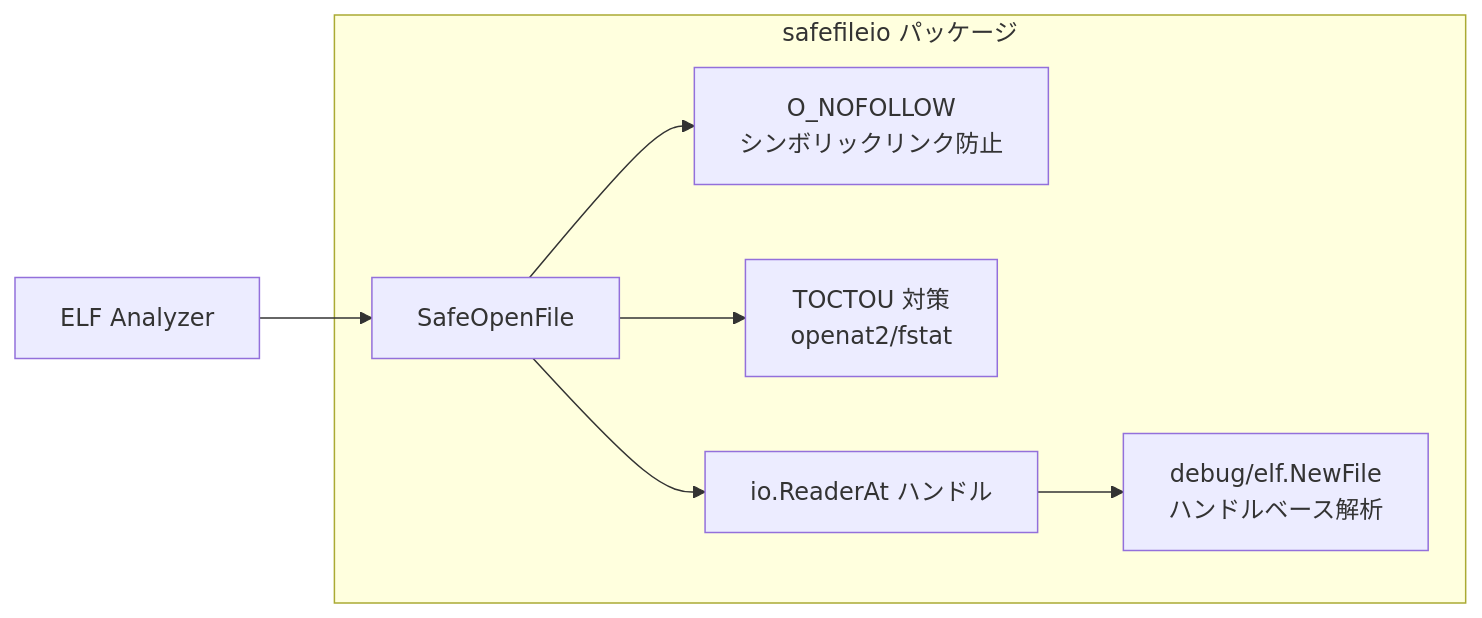
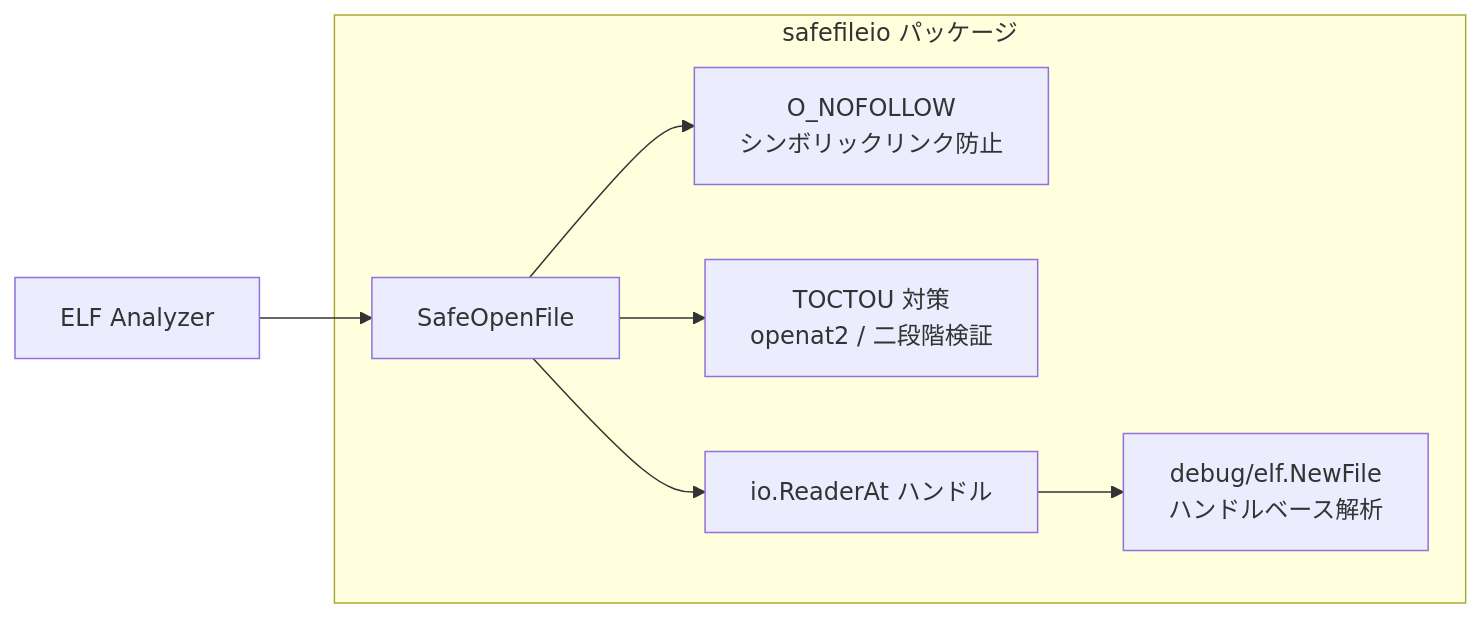
The fourth of 5 diagrams in docs/tasks/0069_elf_dynsym_network_detection/02_architecture.md (isseis/go-safe-cmd-runner), drawn with Mermaid before and after one commit.

Commit message:
elfanalyzer/docs: fix TOCTOU label to match actual safefileio mechanism
The diagram incorrectly stated "openat2/fstat" as the TOCTOU
countermeasure. The safefileio implementation uses openat2 on Linux
and a two-phase ensureParentDirsNoSymlinks verification as fallback,
with no fstat-based reopen verification.

````diff
--- a/docs/tasks/0069_elf_dynsym_network_detection/02_architecture.md
+++ b/docs/tasks/0069_elf_dynsym_network_detection/02_architecture.md
@@ -338,16 +338,16 @@
 ```mermaid
 flowchart LR
     subgraph SafeFileIO["safefileio パッケージ"]
         SOF[SafeOpenFile]
         NOFOLLOW[O_NOFOLLOW<br/>シンボリックリンク防止]
-        TOCTOU[TOCTOU 対策<br/>openat2/fstat]
+        TOCTOU[TOCTOU 対策<br/>openat2 / 二段階検証]
         READERAT[io.ReaderAt ハンドル]
         READAHEAD[debug/elf.NewFile<br/>ハンドルベース解析]
     end
 
     ELF[ELF Analyzer] --> SOF
     SOF --> NOFOLLOW
     SOF --> TOCTOU
     SOF --> READERAT
     READERAT --> READAHEAD
 ```
````
